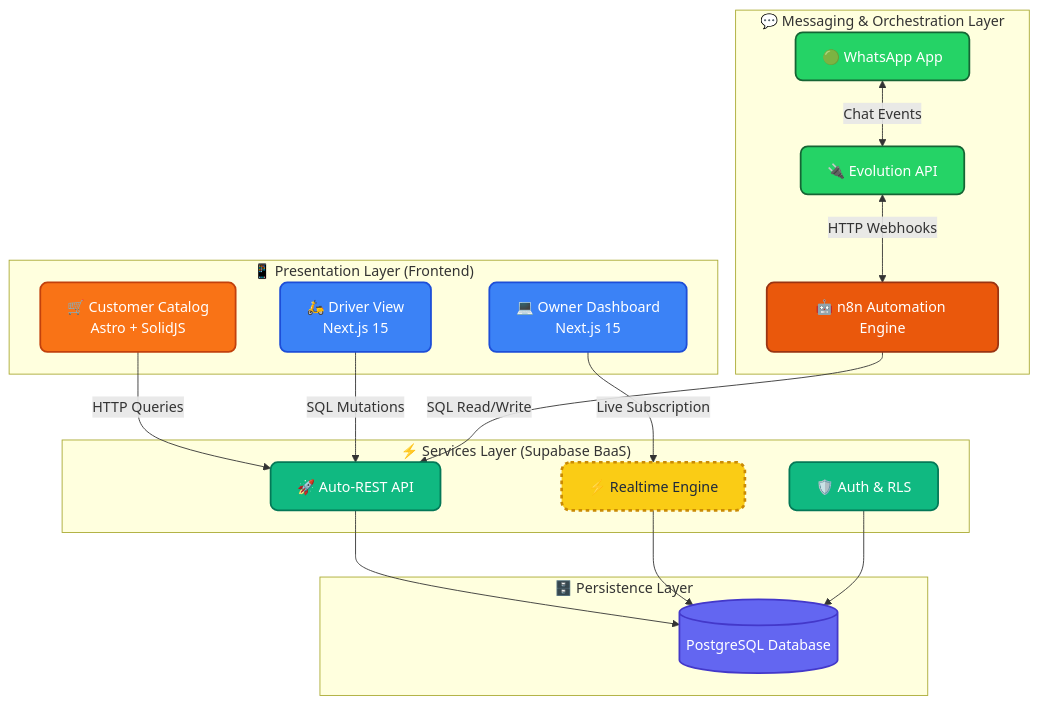
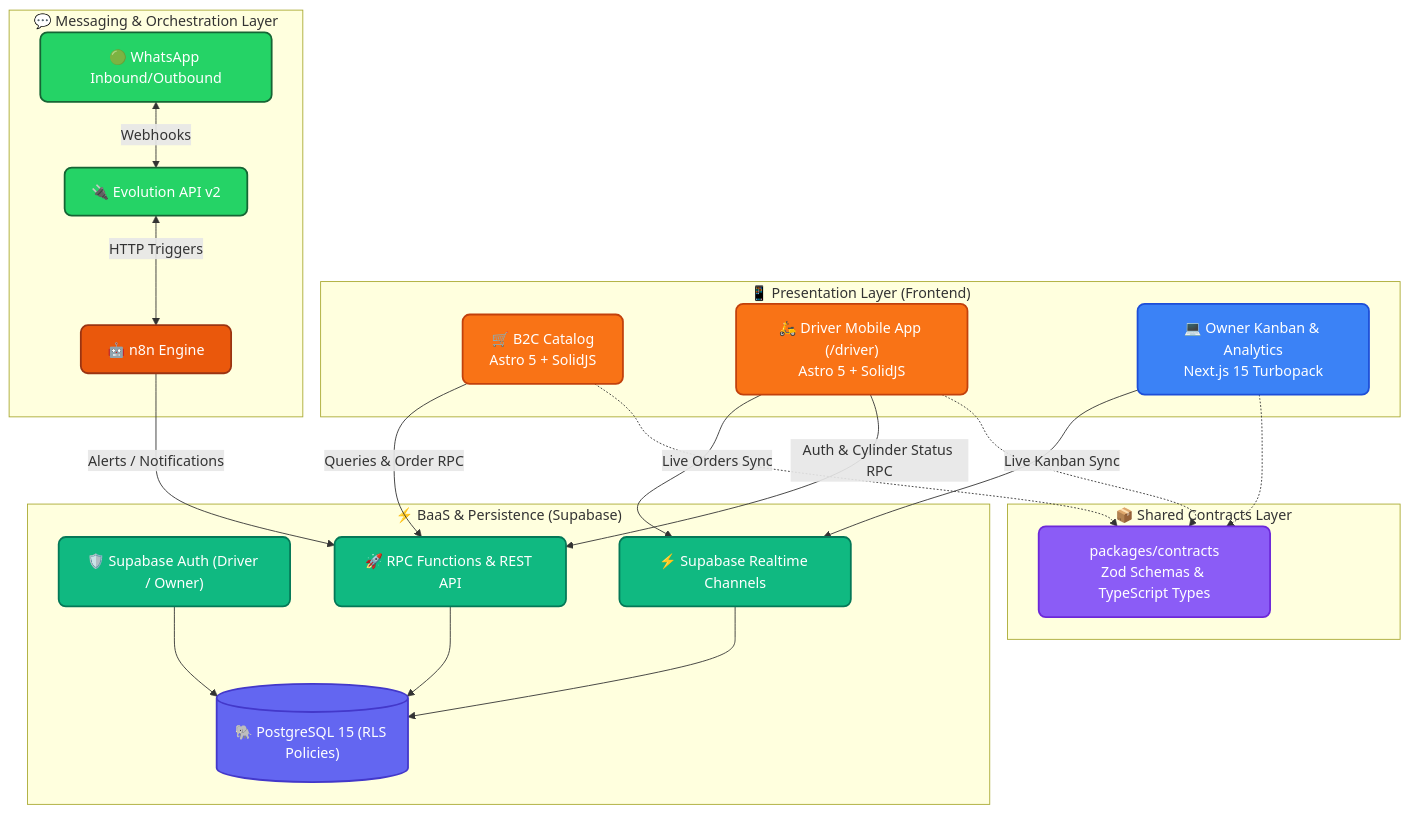
The diagram in README.en.md (arcavcwb/center-gas), drawn with Mermaid before and after one commit. The commit also changed other lines of this file and 8 other files, not shown here.

````diff
--- a/README.en.md
+++ b/README.en.md
@@ -58,42 +76,47 @@
 ```mermaid
 graph TD
-    %% Custom Premium Styles (Nano Banana Level 🍌)
     classDef frontend fill:#3b82f6,stroke:#1d4ed8,stroke-width:2px,color:#fff,rx:8,ry:8;
     classDef astro fill:#f97316,stroke:#c2410c,stroke-width:2px,color:#fff,rx:8,ry:8;
     classDef whatsapp fill:#25d366,stroke:#166534,stroke-width:2px,color:#fff,rx:8,ry:8;
     classDef n8n fill:#ea580c,stroke:#9a3412,stroke-width:2px,color:#fff,rx:8,ry:8;
     classDef supabase fill:#10b981,stroke:#047857,stroke-width:2px,color:#fff,rx:8,ry:8;
     classDef database fill:#6366f1,stroke:#4338ca,stroke-width:2px,color:#fff,rx:8,ry:8;
-    classDef banana fill:#facc15,stroke:#ca8a04,stroke-width:3px,color:#1e293b,rx:10,ry:10,stroke-dasharray: 4 4;
+    classDef contracts fill:#8b5cf6,stroke:#6d28d9,stroke-width:2px,color:#fff,rx:8,ry:8;
 
     subgraph "📱 Presentation Layer (Frontend)"
-        C[🛒 Customer Catalog<br>Astro + SolidJS]:::astro
-        P[💻 Owner Dashboard<br>Next.js 15]:::frontend
-        R[🛵 Driver View<br>Next.js 15]:::frontend
+        C["🛒 B2C Catalog<br/>Astro 5 + SolidJS"]:::astro
+        R["🛵 Driver Mobile App (/driver)<br/>Astro 5 + SolidJS"]:::astro
+        P["💻 Owner Kanban & Analytics<br/>Next.js 15 Turbopack"]:::frontend
+    end
+
+    subgraph "📦 Shared Contracts Layer"
+        Z["packages/contracts<br/>Zod Schemas & TypeScript Types"]:::contracts
     end
 
     subgraph "💬 Messaging & Orchestration Layer"
-        WA[🟢 WhatsApp App]:::whatsapp <-->|Chat Events| WHAM[🔌 Evolution API]:::whatsapp
-        WHAM <-->|HTTP Webhooks| N8N[🤖 n8n Automation Engine]:::n8n
+        WA["🟢 WhatsApp Inbound/Outbound"]:::whatsapp <-->|Webhooks| EVO["🔌 Evolution API v2"]:::whatsapp
+        EVO <-->|HTTP Triggers| N8N["🤖 n8n Engine"]:::n8n
     end
 
-    subgraph "⚡ Services Layer (Supabase BaaS)"
-        S_API[🚀 Auto-REST API]:::supabase
-        S_RT[⚡ Realtime Engine]:::banana
-        S_AUTH[🛡️ Auth & RLS]:::supabase
+    subgraph "⚡ BaaS & Persistence (Supabase)"
+        S_AUTH["🛡️ Supabase Auth (Driver / Owner)"]:::supabase
+        S_API["🚀 RPC Functions & REST API"]:::supabase
+        S_RT["⚡ Supabase Realtime Channels"]:::supabase
+        DB[("🐘 PostgreSQL 15 (RLS Policies)")]:::database
     end
 
-    subgraph "🗄️ Persistence Layer"
-        DB[(PostgreSQL Database)]:::database
-    end
+    %% Relationships
+    C -.-> Z
+    R -.-> Z
+    P -.-> Z
+    
+    C -->|Queries & Order RPC| S_API
+    R -->|Auth & Cylinder Status RPC| S_API
+    R -->|Live Orders Sync| S_RT
+    P -->|Live Kanban Sync| S_RT
+    N8N -->|Alerts / Notifications| S_API
 
-    %% Relations
-    C -->|HTTP Queries| S_API
-    P -->|Live Subscription| S_RT
-    R -->|SQL Mutations| S_API
-
-    N8N -->|SQL Read/Write| S_API
     S_API --> DB
     S_RT --> DB
     S_AUTH --> DB
 ```
````
